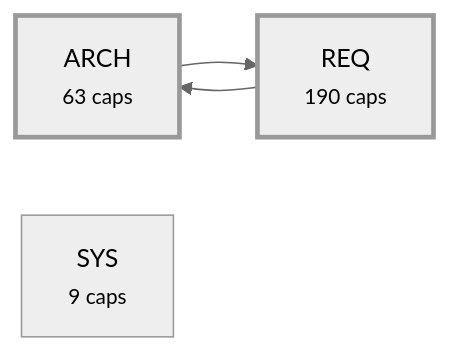
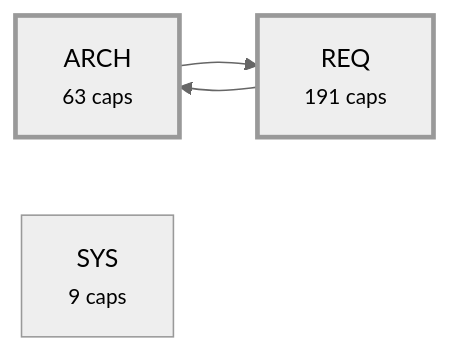
The third of 4 diagrams in plugin/requirements/_map.md (alxmax/Requirement-manager), drawn with Mermaid (neutral theme) before and after one commit. The commit also changed other lines of this file and 12 other files, not shown here.

````diff
--- a/plugin/requirements/_map.md
+++ b/plugin/requirements/_map.md
@@ -974,10 +977,10 @@
 ```mermaid
 graph LR
   a_ARCH["ARCH<br><small>63 caps</small>"]
-  a_REQ["REQ<br><small>190 caps</small>"]
+  a_REQ["REQ<br><small>191 caps</small>"]
   a_SYS["SYS<br><small>9 caps</small>"]
   a_ARCH --> a_REQ
   a_REQ --> a_ARCH
   style a_ARCH stroke-width:3px
   style a_REQ stroke-width:3px
 ```
````
